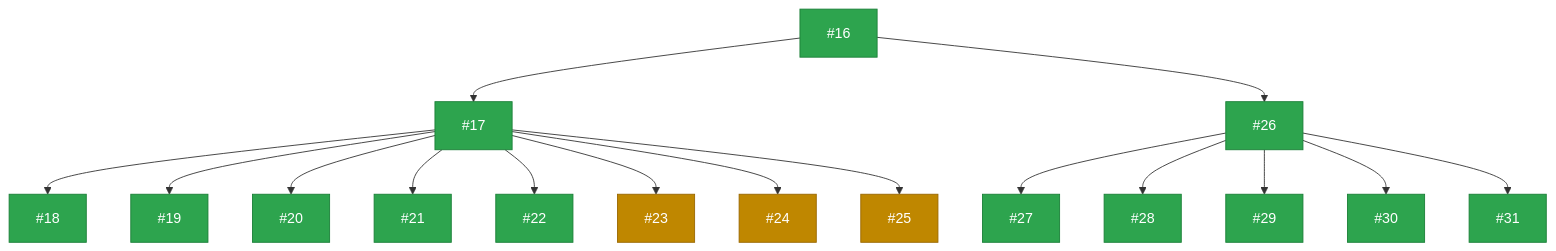
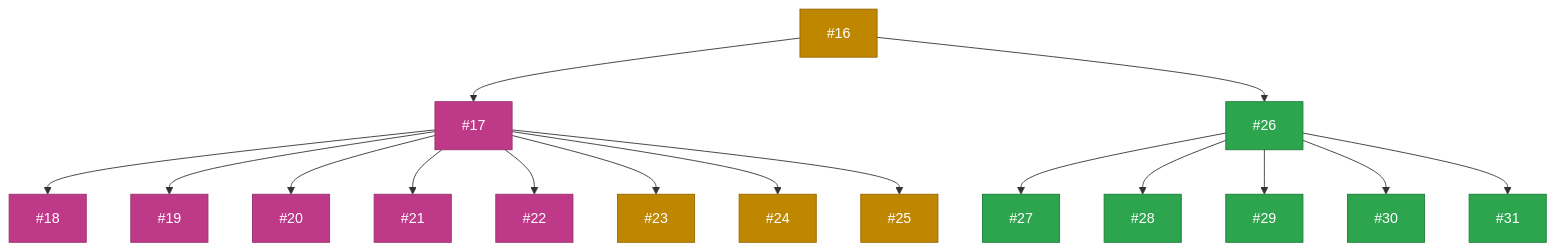
Before and after one commit to zappfish/zapp-requirements-tracker: the third of 9 diagrams in README.md, drawn with Mermaid. The commit also changed other lines of this file, not shown here.

Commit message:
Update WBS diagram colors to match project board statuses

````diff
--- a/README.md
+++ b/README.md
@@ -135,49 +135,49 @@
 ```mermaid
 graph TD
-    R1["#16"]:::backlog
+    R1["#16"]:::inprogress
 
-    R1A["#17"]:::backlog
+    R1A["#17"]:::stable
     R1B["#26"]:::backlog
     R1 --> R1A & R1B
 
-    R1A1["#18"]:::backlog
-    R1A2["#19"]:::backlog
-    R1A3["#20"]:::backlog
-    R1A4["#21"]:::backlog
-    R1A5["#22"]:::backlog
+    R1A1["#18"]:::stable
+    R1A2["#19"]:::stable
+    R1A3["#20"]:::stable
+    R1A4["#21"]:::stable
+    R1A5["#22"]:::stable
     R1A6["#23"]:::inprogress
     R1A7["#24"]:::inprogress
     R1A8["#25"]:::inprogress
     R1A --> R1A1 & R1A2 & R1A3 & R1A4 & R1A5 & R1A6 & R1A7 & R1A8
 
     R1B1["#27"]:::backlog
     R1B2["#28"]:::backlog
     R1B3["#29"]:::backlog
     R1B4["#30"]:::backlog
     R1B5["#31"]:::backlog
     R1B --> R1B1 & R1B2 & R1B3 & R1B4 & R1B5
 
     click R1 href "https://github.com/zappfish/zapp-requirements-tracker/issues/16" _blank
     click R1A href "https://github.com/zappfish/zapp-requirements-tracker/issues/17" _blank
     click R1B href "https://github.com/zappfish/zapp-requirements-tracker/issues/26" _blank
     click R1A1 href "https://github.com/zappfish/zapp-requirements-tracker/issues/18" _blank
     click R1A2 href "https://github.com/zappfish/zapp-requirements-tracker/issues/19" _blank
     click R1A3 href "https://github.com/zappfish/zapp-requirements-tracker/issues/20" _blank
     click R1A4 href "https://github.com/zappfish/zapp-requirements-tracker/issues/21" _blank
     click R1A5 href "https://github.com/zappfish/zapp-requirements-tracker/issues/22" _blank
     click R1A6 href "https://github.com/zappfish/zapp-requirements-tracker/issues/23" _blank
     click R1A7 href "https://github.com/zappfish/zapp-requirements-tracker/issues/24" _blank
     click R1A8 href "https://github.com/zappfish/zapp-requirements-tracker/issues/25" _blank
     click R1B1 href "https://github.com/zappfish/zapp-requirements-tracker/issues/27" _blank
     click R1B2 href "https://github.com/zappfish/zapp-requirements-tracker/issues/28" _blank
     click R1B3 href "https://github.com/zappfish/zapp-requirements-tracker/issues/29" _blank
     click R1B4 href "https://github.com/zappfish/zapp-requirements-tracker/issues/30" _blank
     click R1B5 href "https://github.com/zappfish/zapp-requirements-tracker/issues/31" _blank
 
     classDef backlog fill:#2da44e,stroke:#1a7f37,color:#fff
     classDef upnext fill:#0969da,stroke:#0550ae,color:#fff
     classDef inprogress fill:#bf8700,stroke:#9a6700,color:#fff
     classDef inreview fill:#8250df,stroke:#6639ba,color:#fff
     classDef stable fill:#bf3989,stroke:#99306f,color:#fff
     classDef done fill:#bc4c00,stroke:#953800,color:#fff
 ```
````
